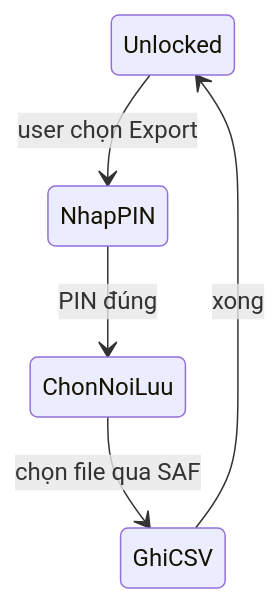
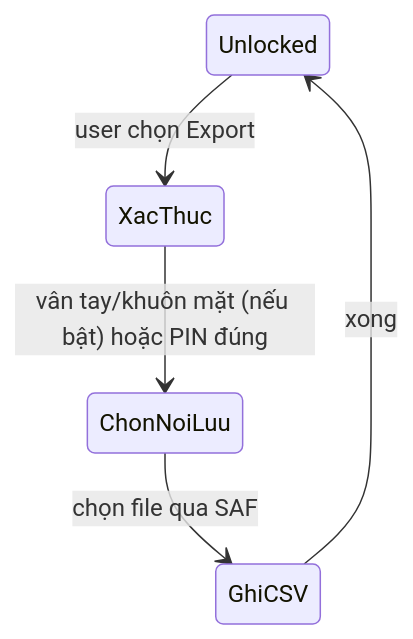
Before and after one commit to danhbuidcn/password-vault-android: the third of 3 diagrams in docs/flow.md, drawn with Mermaid. The commit also changed other lines of this file and 13 other files, not shown here.

First line of the commit message:
feat: biometric export re-auth, forgot PIN via screen lock, release script

````diff
--- a/docs/flow.md
+++ b/docs/flow.md
@@ -78,7 +79,7 @@
 ```mermaid
 stateDiagram-v2
-    Unlocked --> NhapPIN: user chọn Export
-    NhapPIN --> ChonNoiLuu: PIN đúng
+    Unlocked --> XacThuc: user chọn Export
+    XacThuc --> ChonNoiLuu: vân tay/khuôn mặt (nếu bật) hoặc PIN đúng
     ChonNoiLuu --> GhiCSV: chọn file qua SAF
     GhiCSV --> Unlocked: xong
 ```
````
